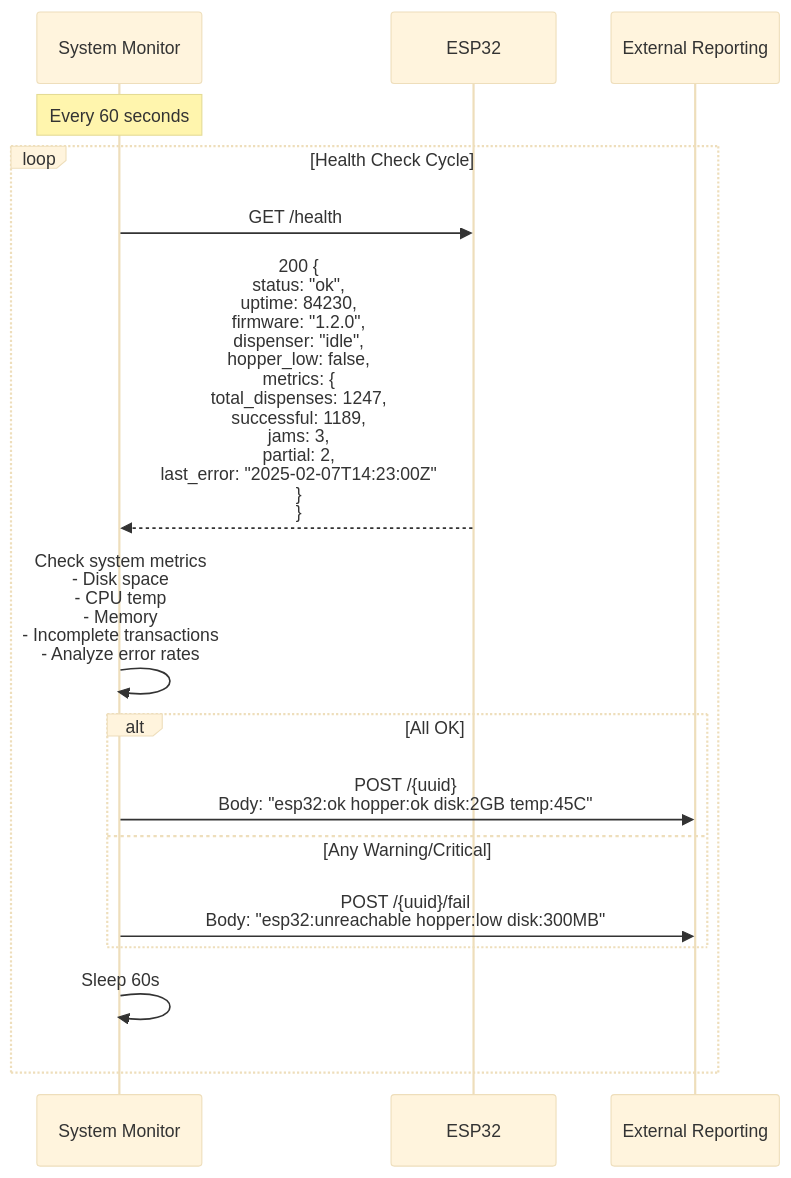
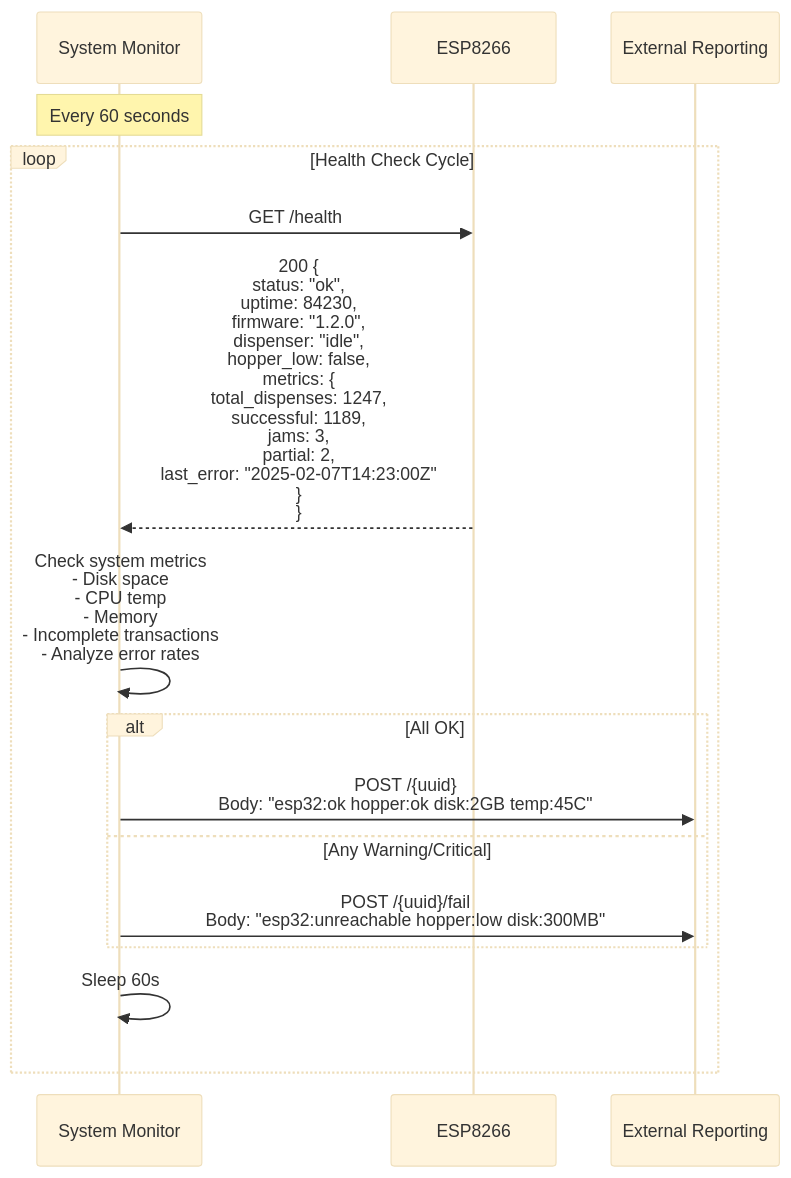
Before and after one commit to dgloeckner/remote-token-dispenser: diagram 19 of 26 in ARCHITECTURE.md, drawn with Mermaid (base theme). The commit also changed other lines of this file and 21 other files, not shown here.

````diff
--- a/ARCHITECTURE.md
+++ b/ARCHITECTURE.md
@@ -872,23 +872,23 @@
 ```mermaid
 sequenceDiagram
     participant Monitor as System Monitor
-    participant ESP32
+    participant ESP8266
     participant External as External Reporting
 
     Note over Monitor: Every 60 seconds
 
     loop Health Check Cycle
-        Monitor->>ESP32: GET /health
-        ESP32-->>Monitor: 200 {<br/>status: "ok",<br/>uptime: 84230,<br/>firmware: "1.2.0",<br/>dispenser: "idle",<br/>hopper_low: false,<br/>metrics: {<br/>  total_dispenses: 1247,<br/>  successful: 1189,<br/>  jams: 3,<br/>  partial: 2,<br/>  last_error: "2025-02-07T14:23:00Z"<br/>}<br/>}
+        Monitor->>ESP8266: GET /health
+        ESP8266-->>Monitor: 200 {<br/>status: "ok",<br/>uptime: 84230,<br/>firmware: "1.2.0",<br/>dispenser: "idle",<br/>hopper_low: false,<br/>metrics: {<br/>  total_dispenses: 1247,<br/>  successful: 1189,<br/>  jams: 3,<br/>  partial: 2,<br/>  last_error: "2025-02-07T14:23:00Z"<br/>}<br/>}
 
         Monitor->>Monitor: Check system metrics<br/>- Disk space<br/>- CPU temp<br/>- Memory<br/>- Incomplete transactions<br/>- Analyze error rates
 
         alt All OK
             Monitor->>External: POST /{uuid}<br/>Body: "esp32:ok hopper:ok disk:2GB temp:45C"
         else Any Warning/Critical
             Monitor->>External: POST /{uuid}/fail<br/>Body: "esp32:unreachable hopper:low disk:300MB"
         end
 
         Monitor->>Monitor: Sleep 60s
     end
 ```
````
